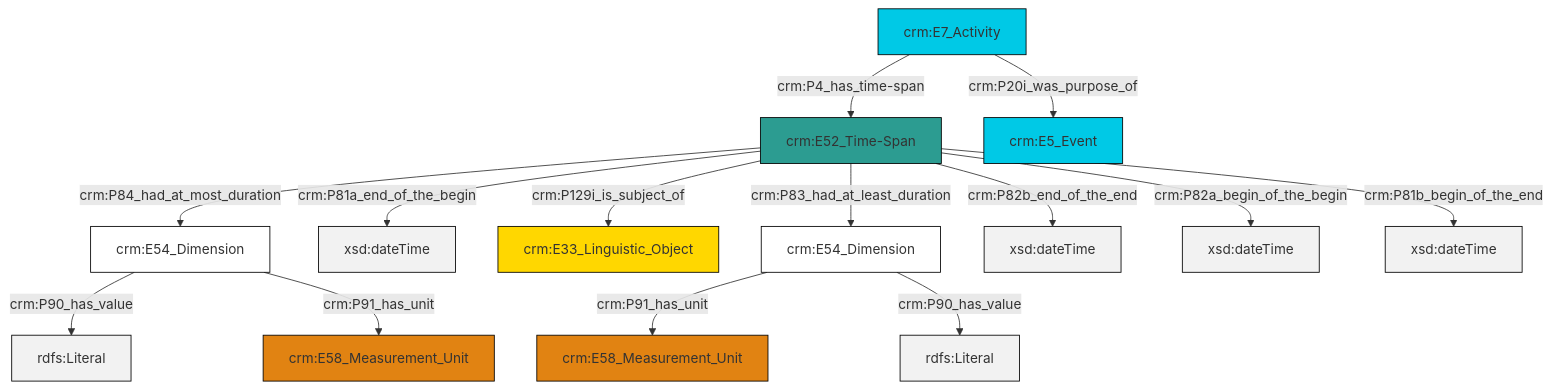
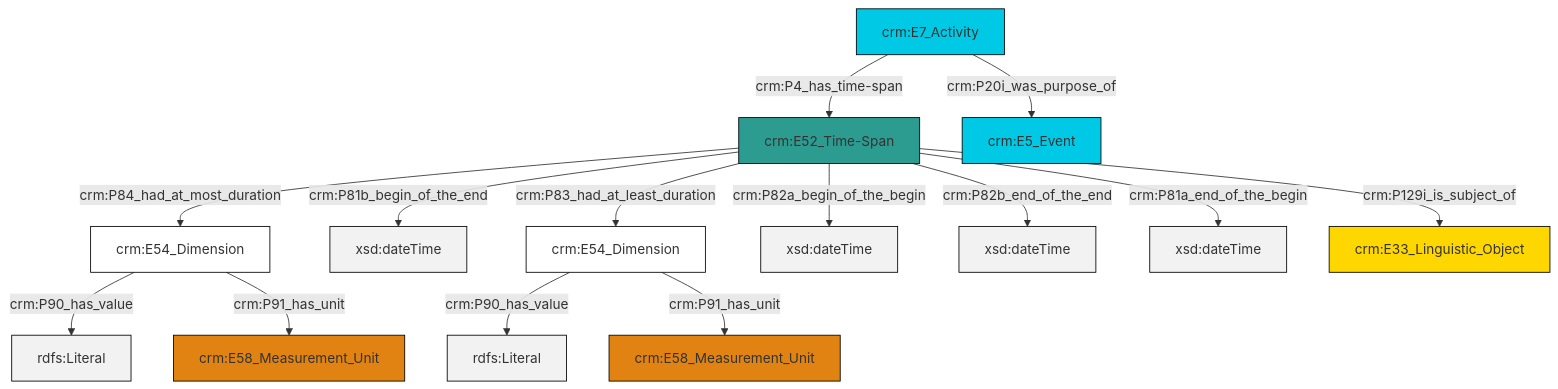
Before and after one commit to swiss-art-research-net/docs.swissartresearch: the diagram in et/eventCSV/ttl/mmd/event_existence.ttl.mmd, drawn with Mermaid. The commit also changed 177 other files, not shown here.

```diff
--- a/et/eventCSV/ttl/mmd/event_existence.ttl.mmd
+++ b/et/eventCSV/ttl/mmd/event_existence.ttl.mmd
@@ -1,28 +1,28 @@
 graph TD
 classDef Literal fill:#f2f2f2,stroke:#000000;
 classDef CRM_Entity fill:#FFFFFF,stroke:#000000;
 classDef Temporal_Entity fill:#00C9E6, stroke:#000000;
 classDef Type fill:#E18312, stroke:#000000;
 classDef Time-Span fill:#2C9C91, stroke:#000000;
 classDef Appellation fill:#FFEB7F, stroke:#000000;
 classDef Place fill:#008836, stroke:#000000;
 classDef Persistent_Item fill:#B266B2, stroke:#000000;
 classDef Conceptual_Object fill:#FFD700, stroke:#000000;
 classDef Physical_Thing fill:#D2B48C, stroke:#000000;
 classDef Actor fill:#f58aad, stroke:#000000;
 classDef PC_Classes fill:#4ce600, stroke:#000000;
 classDef Multi fill:#cccccc,stroke:#000000;
 
-0["crm:E54_Dimension"]:::CRM_Entity -->|crm:P90_has_value| 1[rdfs:Literal]:::Literal
-2["crm:E52_Time-Span"]:::Time-Span -->|crm:P81a_end_of_the_begin| 4[xsd:dateTime]:::Literal
-7["crm:E7_Activity"]:::Temporal_Entity -->|crm:P4_has_time-span| 2["crm:E52_Time-Span"]:::Time-Span
-2["crm:E52_Time-Span"]:::Time-Span -->|crm:P129i_is_subject_of| 8["crm:E33_Linguistic_Object"]:::Conceptual_Object
-7["crm:E7_Activity"]:::Temporal_Entity -->|crm:P20i_was_purpose_of| 5["crm:E5_Event"]:::Temporal_Entity
+2["crm:E52_Time-Span"]:::Time-Span -->|crm:P81b_begin_of_the_end| 3[xsd:dateTime]:::Literal
+4["crm:E7_Activity"]:::Temporal_Entity -->|crm:P20i_was_purpose_of| 5["crm:E5_Event"]:::Temporal_Entity
+6["crm:E54_Dimension"]:::CRM_Entity -->|crm:P90_has_value| 7[rdfs:Literal]:::Literal
+2["crm:E52_Time-Span"]:::Time-Span -->|crm:P82a_begin_of_the_begin| 8[xsd:dateTime]:::Literal
+2["crm:E52_Time-Span"]:::Time-Span -->|crm:P82b_end_of_the_end| 9[xsd:dateTime]:::Literal
+2["crm:E52_Time-Span"]:::Time-Span -->|crm:P81a_end_of_the_begin| 14[xsd:dateTime]:::Literal
+4["crm:E7_Activity"]:::Temporal_Entity -->|crm:P4_has_time-span| 2["crm:E52_Time-Span"]:::Time-Span
 2["crm:E52_Time-Span"]:::Time-Span -->|crm:P84_had_at_most_duration| 0["crm:E54_Dimension"]:::CRM_Entity
-2["crm:E52_Time-Span"]:::Time-Span -->|crm:P83_had_at_least_duration| 12["crm:E54_Dimension"]:::CRM_Entity
-2["crm:E52_Time-Span"]:::Time-Span -->|crm:P82b_end_of_the_end| 16[xsd:dateTime]:::Literal
-2["crm:E52_Time-Span"]:::Time-Span -->|crm:P82a_begin_of_the_begin| 17[xsd:dateTime]:::Literal
-12["crm:E54_Dimension"]:::CRM_Entity -->|crm:P91_has_unit| 18["crm:E58_Measurement_Unit"]:::Type
-0["crm:E54_Dimension"]:::CRM_Entity -->|crm:P91_has_unit| 9["crm:E58_Measurement_Unit"]:::Type
-2["crm:E52_Time-Span"]:::Time-Span -->|crm:P81b_begin_of_the_end| 20[xsd:dateTime]:::Literal
-12["crm:E54_Dimension"]:::CRM_Entity -->|crm:P90_has_value| 21[rdfs:Literal]:::Literal
+0["crm:E54_Dimension"]:::CRM_Entity -->|crm:P90_has_value| 20[rdfs:Literal]:::Literal
+0["crm:E54_Dimension"]:::CRM_Entity -->|crm:P91_has_unit| 12["crm:E58_Measurement_Unit"]:::Type
+2["crm:E52_Time-Span"]:::Time-Span -->|crm:P83_had_at_least_duration| 6["crm:E54_Dimension"]:::CRM_Entity
+6["crm:E54_Dimension"]:::CRM_Entity -->|crm:P91_has_unit| 15["crm:E58_Measurement_Unit"]:::Type
+2["crm:E52_Time-Span"]:::Time-Span -->|crm:P129i_is_subject_of| 17["crm:E33_Linguistic_Object"]:::Conceptual_Object
```
